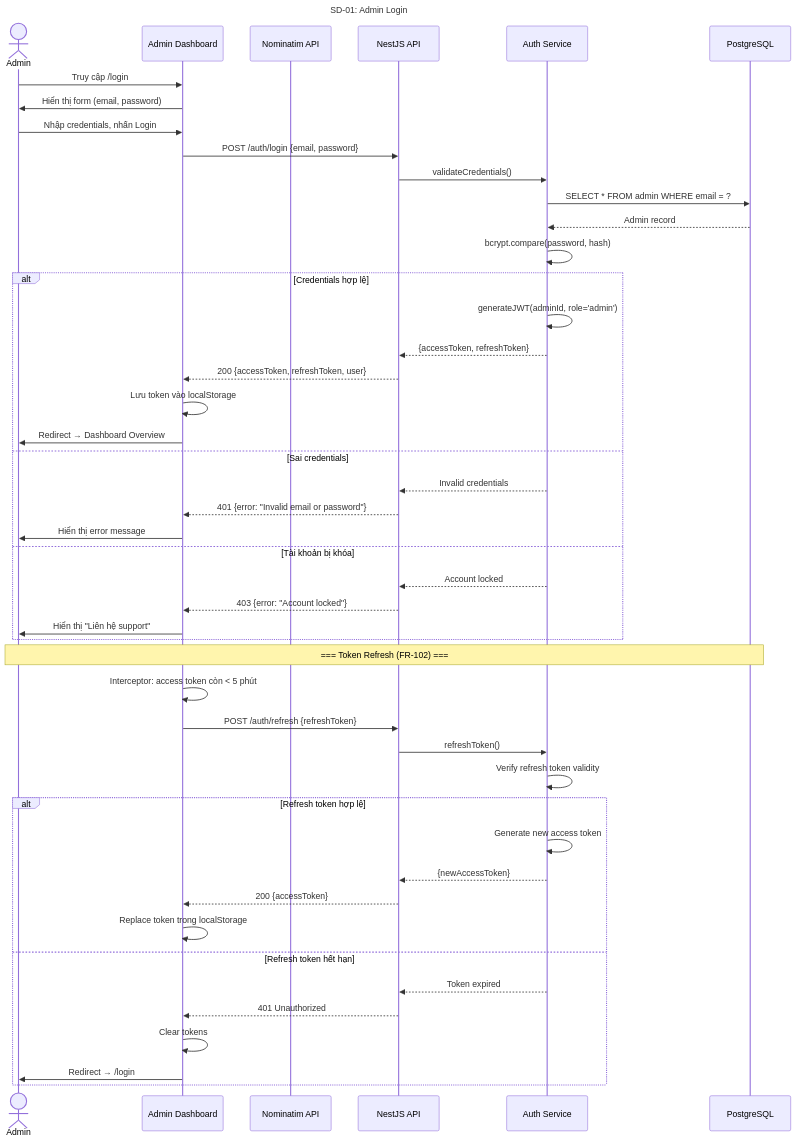
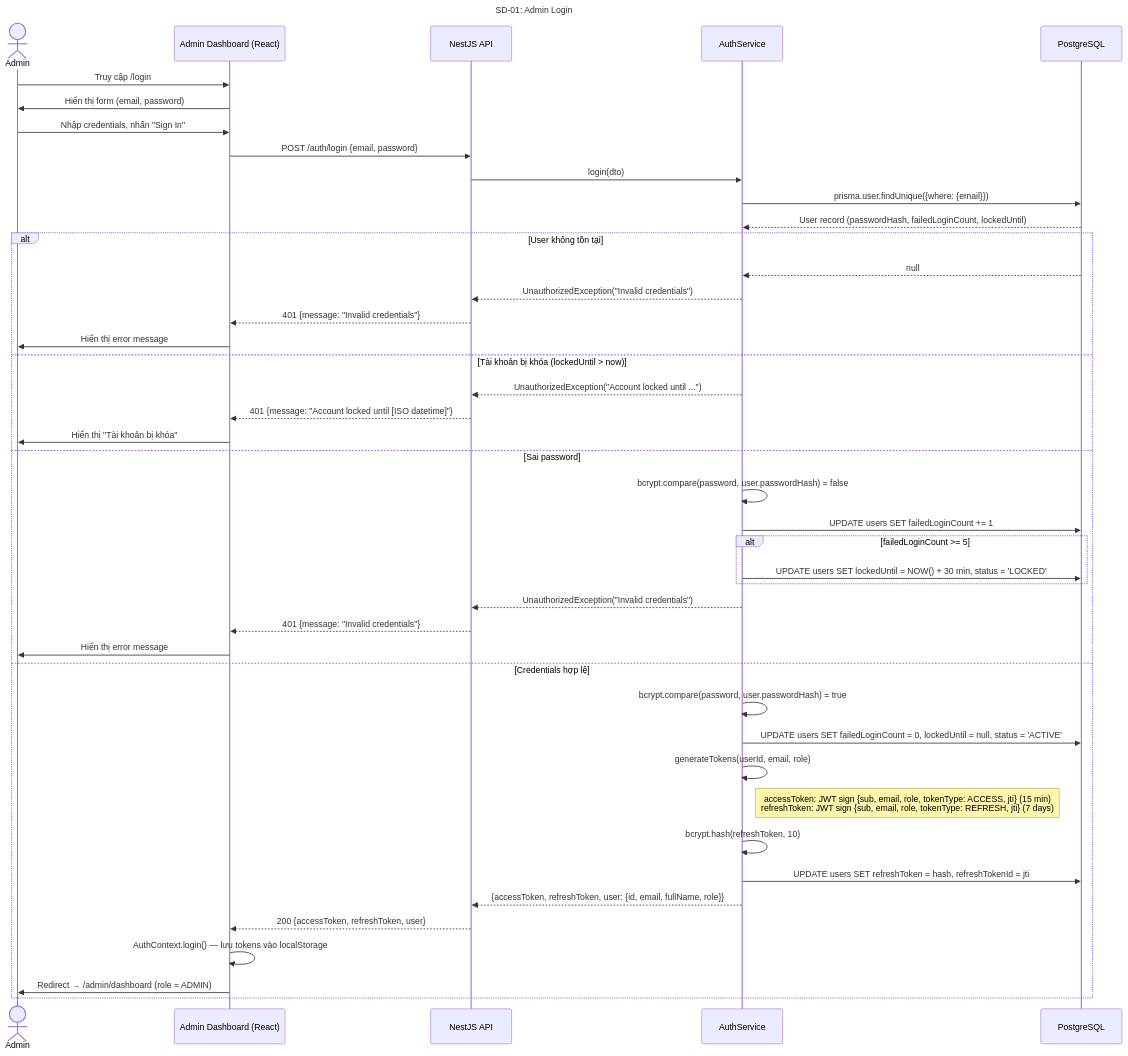
One commit to Ttuandatt/Seminar changed the first of 28 diagrams in docs/step3_prd/15_sequence_diagrams.md. Above: the diagram before and after it, drawn with Mermaid. The commit also changed other lines of this file and 19 other files, not shown here.

First line of the commit message:
feat(auth): implement forgot/reset password with Brevo email service

````diff
--- a/docs/step3_prd/15_sequence_diagrams.md
+++ b/docs/step3_prd/15_sequence_diagrams.md
@@ -40,52 +48,48 @@
 ```mermaid
 sequenceDiagram
     title SD-01: Admin Login
     actor Admin
-    participant UI as Admin Dashboard
-    participant Geo as Nominatim API
+    participant UI as Admin Dashboard (React)
     participant API as NestJS API
-    participant Auth as Auth Service
+    participant Auth as AuthService
     participant DB as PostgreSQL
 
     Admin->>UI: Truy cập /login
     UI->>Admin: Hiển thị form (email, password)
-    Admin->>UI: Nhập credentials, nhấn Login
+    Admin->>UI: Nhập credentials, nhấn "Sign In"
     UI->>API: POST /auth/login {email, password}
-    API->>Auth: validateCredentials()
-    Auth->>DB: SELECT * FROM admin WHERE email = ?
-    DB-->>Auth: Admin record
-    Auth->>Auth: bcrypt.compare(password, hash)
-    
-    alt Credentials hợp lệ
-        Auth->>Auth: generateJWT(adminId, role='admin')
-        Auth-->>API: {accessToken, refreshToken}
+    API->>Auth: login(dto)
+    Auth->>DB: prisma.user.findUnique({where: {email}})
+    DB-->>Auth: User record (passwordHash, failedLoginCount, lockedUntil)
+
+    alt User không tồn tại
+        DB-->>Auth: null
+        Auth-->>API: UnauthorizedException("Invalid credentials")
+        API-->>UI: 401 {message: "Invalid credentials"}
+        UI->>Admin: Hiển thị error message
+    else Tài khoản bị khóa (lockedUntil > now)
+        Auth-->>API: UnauthorizedException("Account locked until ...")
+        API-->>UI: 401 {message: "Account locked until [ISO datetime]"}
+        UI->>Admin: Hiển thị "Tài khoản bị khóa"
+    else Sai password
+        Auth->>Auth: bcrypt.compare(password, user.passwordHash) = false
+        Auth->>DB: UPDATE users SET failedLoginCount += 1
+        alt failedLoginCount >= 5
+            Auth->>DB: UPDATE users SET lockedUntil = NOW() + 30 min, status = 'LOCKED'
+        end
+        Auth-->>API: UnauthorizedException("Invalid credentials")
+        API-->>UI: 401 {message: "Invalid credentials"}
+        UI->>Admin: Hiển thị error message
+    else Credentials hợp lệ
+        Auth->>Auth: bcrypt.compare(password, user.passwordHash) = true
+        Auth->>DB: UPDATE users SET failedLoginCount = 0, lockedUntil = null, status = 'ACTIVE'
+        Auth->>Auth: generateTokens(userId, email, role)
+        Note right of Auth: accessToken: JWT sign {sub, email, role, tokenType: ACCESS, jti} (15 min)<br/>refreshToken: JWT sign {sub, email, role, tokenType: REFRESH, jti} (7 days)
+        Auth->>Auth: bcrypt.hash(refreshToken, 10)
+        Auth->>DB: UPDATE users SET refreshToken = hash, refreshTokenId = jti
+        Auth-->>API: {accessToken, refreshToken, user: {id, email, fullName, role}}
         API-->>UI: 200 {accessToken, refreshToken, user}
-        UI->>UI: Lưu token vào localStorage
-        UI->>Admin: Redirect → Dashboard Overview
-    else Sai credentials
-        Auth-->>API: Invalid credentials
-        API-->>UI: 401 {error: "Invalid email or password"}
-        UI->>Admin: Hiển thị error message
-    else Tài khoản bị khóa
-        Auth-->>API: Account locked
-        API-->>UI: 403 {error: "Account locked"}
-        UI->>Admin: Hiển thị "Liên hệ support"
-    end
-
-    Note over Admin, DB: === Token Refresh (FR-102) ===
-    UI->>UI: Interceptor: access token còn < 5 phút
-    UI->>API: POST /auth/refresh {refreshToken}
-    API->>Auth: refreshToken()
-    Auth->>Auth: Verify refresh token validity
-    alt Refresh token hợp lệ
-        Auth->>Auth: Generate new access token
-        Auth-->>API: {newAccessToken}
-        API-->>UI: 200 {accessToken}
-        UI->>UI: Replace token trong localStorage
-    else Refresh token hết hạn
-        Auth-->>API: Token expired
-        API-->>UI: 401 Unauthorized
-        UI->>UI: Clear tokens
-        UI->>Admin: Redirect → /login
+        UI->>UI: AuthContext.login() — lưu tokens vào localStorage
+        UI->>Admin: Redirect → /admin/dashboard (role = ADMIN)
     end
 ```
````
